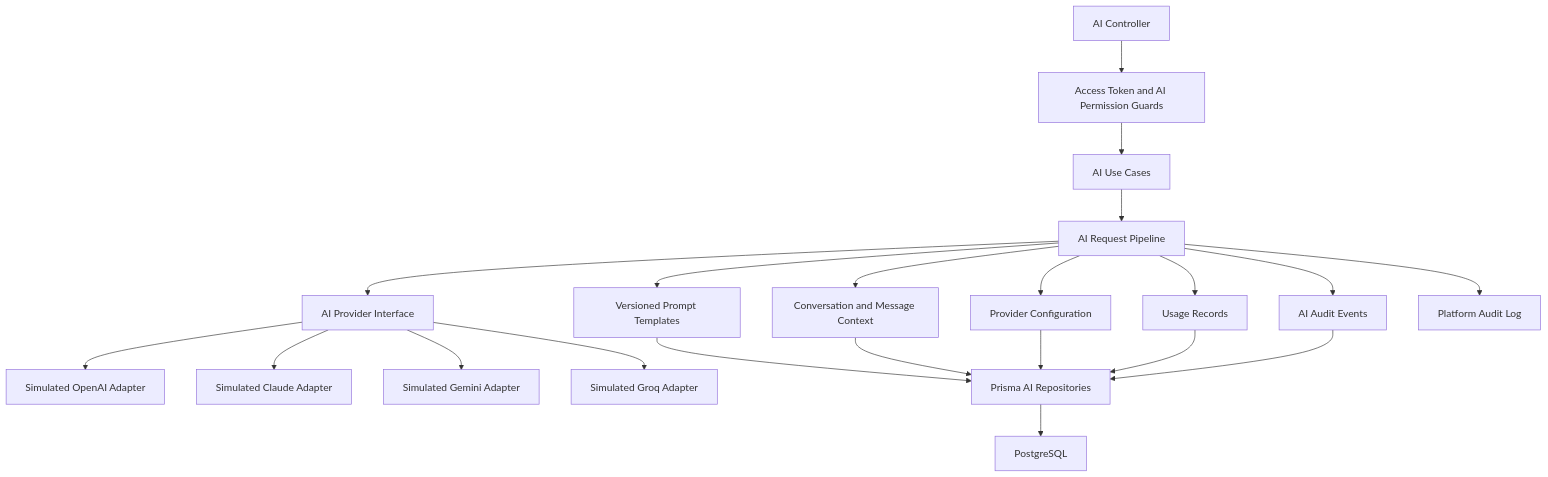
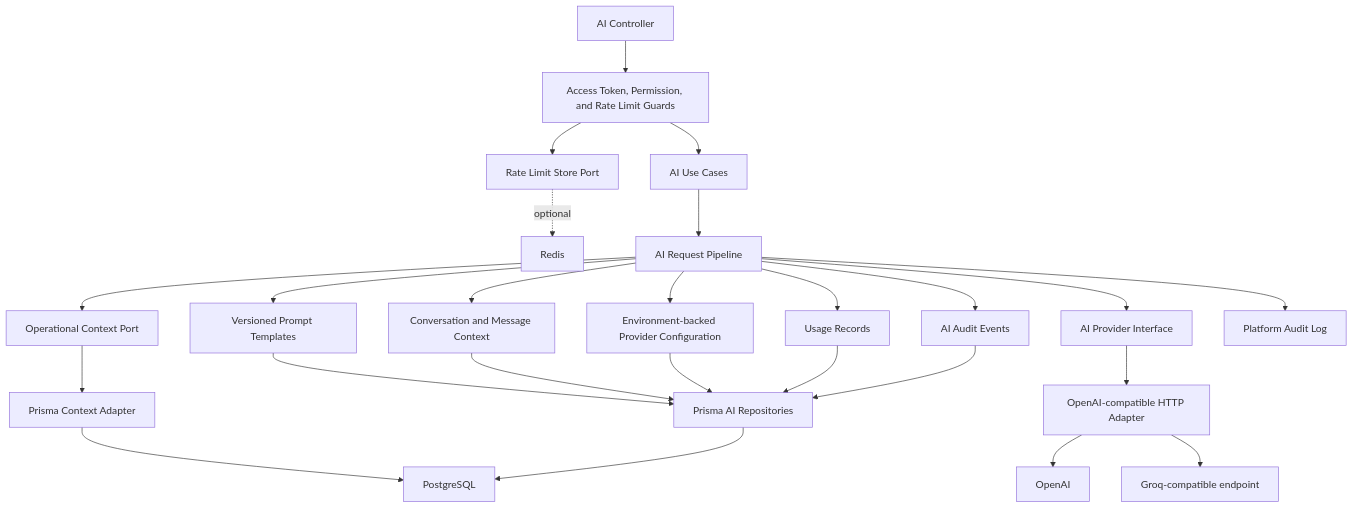
Before and after one commit to Ruchi2117/PlusOps: the ninth of 14 diagrams in docs/architecture/overview.md, drawn with Mermaid. The commit also changed other lines of this file and 8 other files, not shown here.

````diff
--- a/docs/architecture/overview.md
+++ b/docs/architecture/overview.md
@@ -189,23 +190,27 @@
 ```mermaid
 flowchart TD
-  AIController["AI Controller"] --> Guards["Access Token and AI Permission Guards"]
+  AIController["AI Controller"] --> Guards["Access Token, Permission, and Rate Limit Guards"]
+  Guards --> RateLimitPort["Rate Limit Store Port"]
+  RateLimitPort -. "optional" .-> Redis["Redis"]
   Guards --> AIUseCases["AI Use Cases"]
   AIUseCases --> Pipeline["AI Request Pipeline"]
   Pipeline --> PromptTemplates["Versioned Prompt Templates"]
   Pipeline --> Conversations["Conversation and Message Context"]
-  Pipeline --> ProviderConfig["Provider Configuration"]
+  Pipeline --> ContextPort["Operational Context Port"]
+  ContextPort --> PrismaContext["Prisma Context Adapter"]
+  PrismaContext --> Postgres["PostgreSQL"]
+  Pipeline --> ProviderConfig["Environment-backed Provider Configuration"]
   Pipeline --> ProviderPort["AI Provider Interface"]
-  ProviderPort --> OpenAI["Simulated OpenAI Adapter"]
-  ProviderPort --> Claude["Simulated Claude Adapter"]
-  ProviderPort --> Gemini["Simulated Gemini Adapter"]
-  ProviderPort --> Groq["Simulated Groq Adapter"]
+  ProviderPort --> Compatible["OpenAI-compatible HTTP Adapter"]
+  Compatible --> OpenAI["OpenAI"]
+  Compatible --> Groq["Groq-compatible endpoint"]
   Pipeline --> Usage["Usage Records"]
   Pipeline --> AIAudit["AI Audit Events"]
   Pipeline --> AuthAudit["Platform Audit Log"]
   PromptTemplates --> PrismaAI["Prisma AI Repositories"]
   Conversations --> PrismaAI
   ProviderConfig --> PrismaAI
   Usage --> PrismaAI
   AIAudit --> PrismaAI
   PrismaAI --> Postgres["PostgreSQL"]
 ```
````
